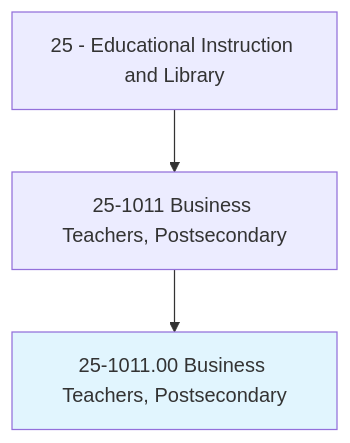
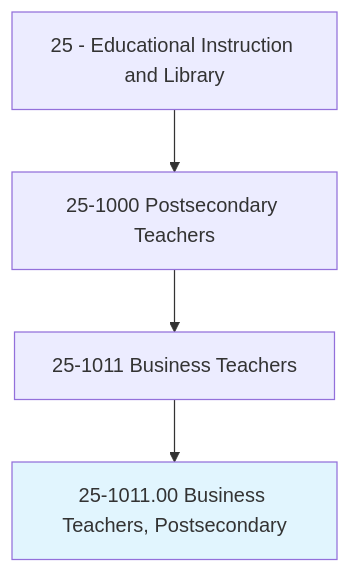
The first of 4 diagrams in occupations/Education/BusinessTeachersPostsecondary.mdx (kziemski/business.org.ai), drawn with Mermaid before and after one commit. The commit also changed other lines of this file and 938 other files, not shown here.

````diff
--- a/occupations/Education/BusinessTeachersPostsecondary.mdx
+++ b/occupations/Education/BusinessTeachersPostsecondary.mdx
@@ -19,6 +23,7 @@
 ```mermaid
 graph TD
-    Cat25["25 - Educational Instruction and Library"] --> Group251011["25-1011 Business Teachers, Postsecondary"]
+    Cat25["25 - Educational Instruction and Library"] --> Group251["25-1000 Postsecondary Teachers"]
+    Group251 --> Group251011["25-1011 Business Teachers"]
     Group251011 --> Current["25-1011.00 Business Teachers, Postsecondary"]
     style Current fill:#e1f5fe
 ```
````
